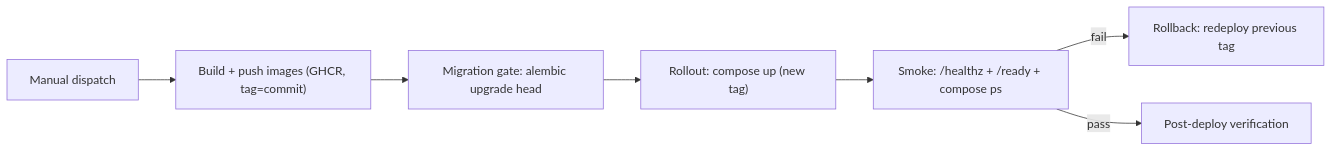
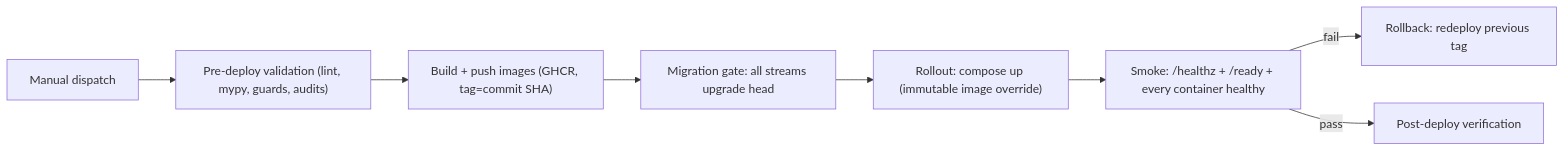
The diagram in docs/operations/004-deployment-and-rollback.md (shehrozali6465372-ctrl/atozproducthub-website), drawn with Mermaid before and after one commit. The commit also changed other lines of this file and 48 other files, not shown here.

````diff
--- a/docs/operations/004-deployment-and-rollback.md
+++ b/docs/operations/004-deployment-and-rollback.md
@@ -19,9 +25,10 @@
 ```mermaid
 flowchart LR
-    M["Manual dispatch"] --> BP["Build + push images (GHCR, tag=commit)"]
-    BP --> MG["Migration gate: alembic upgrade head"]
-    MG --> RO["Rollout: compose up (new tag)"]
-    RO --> SM["Smoke: /healthz + /ready + compose ps"]
+    M["Manual dispatch"] --> V["Pre-deploy validation (lint, mypy, guards, audits)"]
+    V --> BP["Build + push images (GHCR, tag=commit SHA)"]
+    BP --> MG["Migration gate: all streams upgrade head"]
+    MG --> RO["Rollout: compose up (immutable image override)"]
+    RO --> SM["Smoke: /healthz + /ready + every container healthy"]
     SM -->|fail| RB["Rollback: redeploy previous tag"]
     SM -->|pass| PV["Post-deploy verification"]
 ```
````
